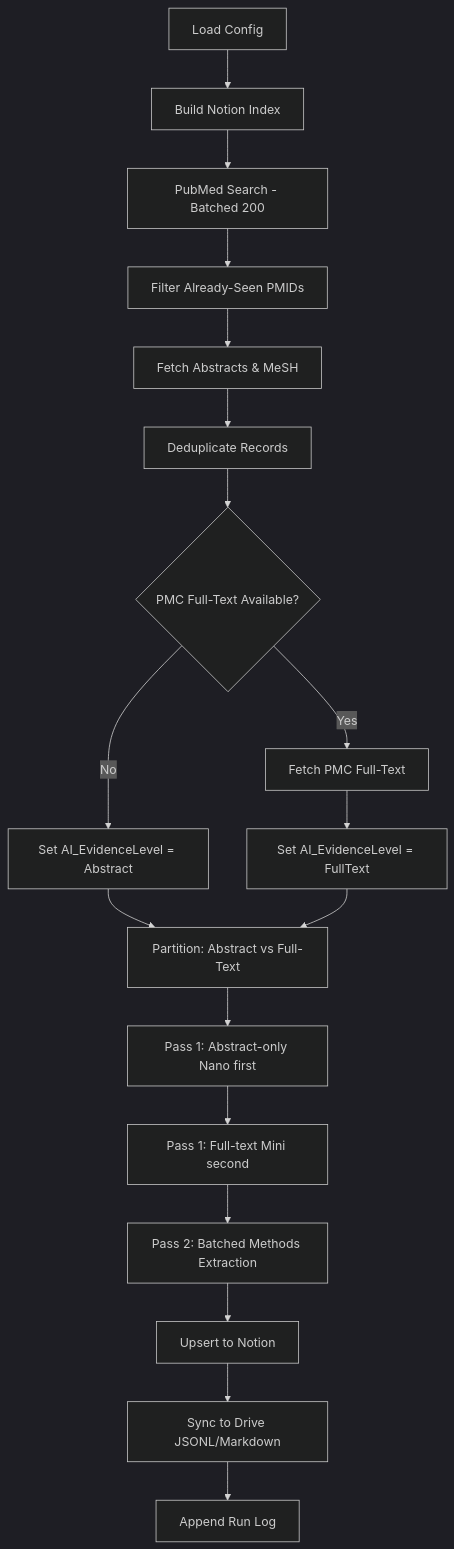
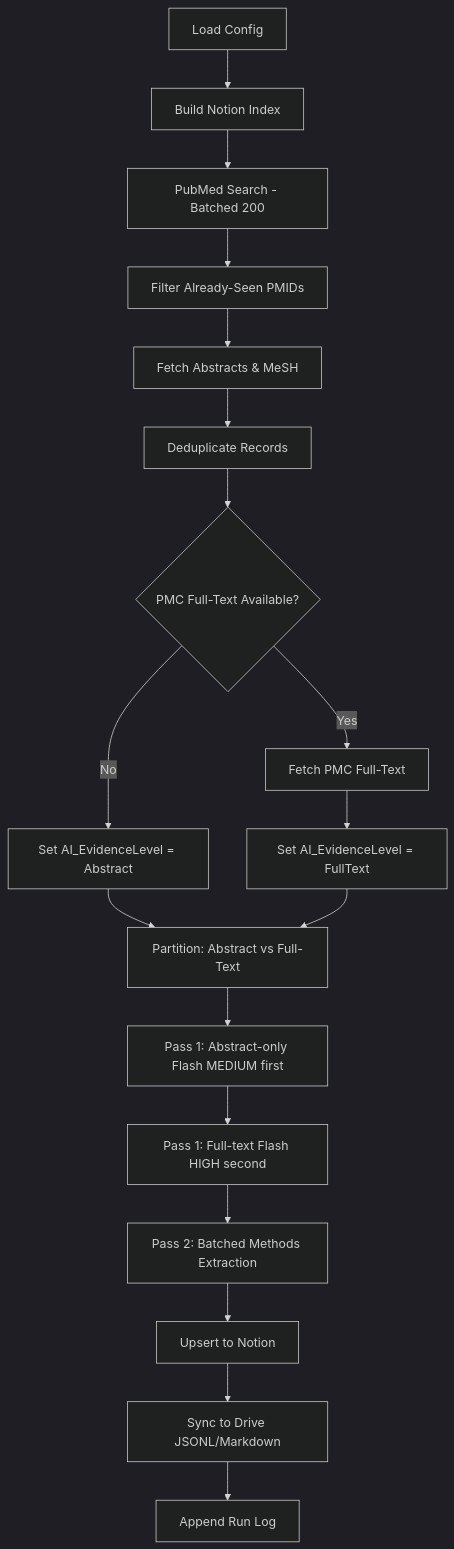
Before and after one commit to kunlin0814/Litintel: the diagram in DETAILS.md, drawn with Mermaid (dark theme). The commit also changed other lines of this file and 1 other file, not shown here.

Commit message:
feat: Switch Pass 1 full-text model to `gemini-3-flash-preview` and introduce AI thinking level configurations for all passes.

````diff
--- a/DETAILS.md
+++ b/DETAILS.md
@@ -75,20 +78,20 @@
 ```mermaid
 graph TD
     A[Load Config] --> B[Build Notion Index]
     B --> C[PubMed Search - Batched 200]
     C --> D[Filter Already-Seen PMIDs]
     D --> E[Fetch Abstracts & MeSH]
     E --> F[Deduplicate Records]
     F --> G{PMC Full-Text Available?}
     G -- Yes --> H[Fetch PMC Full-Text]
     G -- No --> I[Set AI_EvidenceLevel = Abstract]
     H --> J[Set AI_EvidenceLevel = FullText]
     I --> K[Partition: Abstract vs Full-Text]
     J --> K
-    K --> L[Pass 1: Abstract-only Nano first]
-    L --> M[Pass 1: Full-text Mini second]
+    K --> L[Pass 1: Abstract-only Flash MEDIUM first]
+    L --> M[Pass 1: Full-text Flash HIGH second]
     M --> N[Pass 2: Batched Methods Extraction]
     N --> O[Upsert to Notion]
     O --> P[Sync to Drive JSONL/Markdown]
     P --> Q[Append Run Log]
 ```
````
